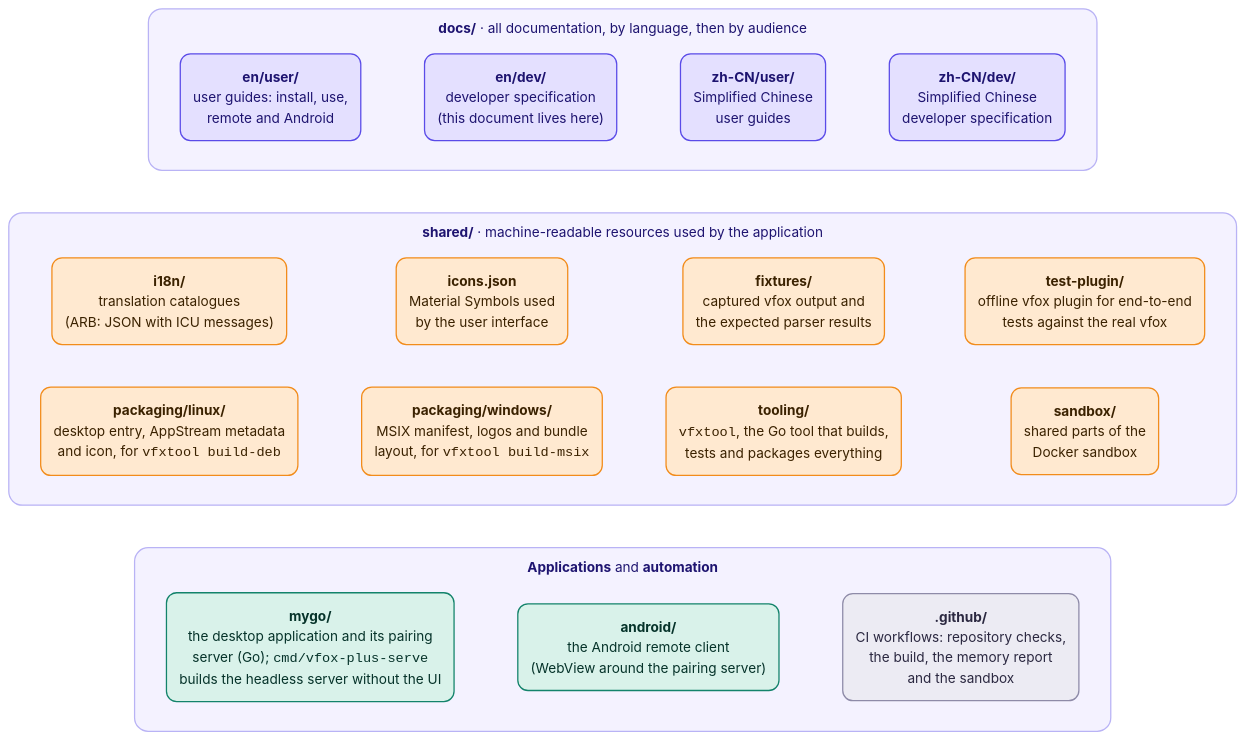
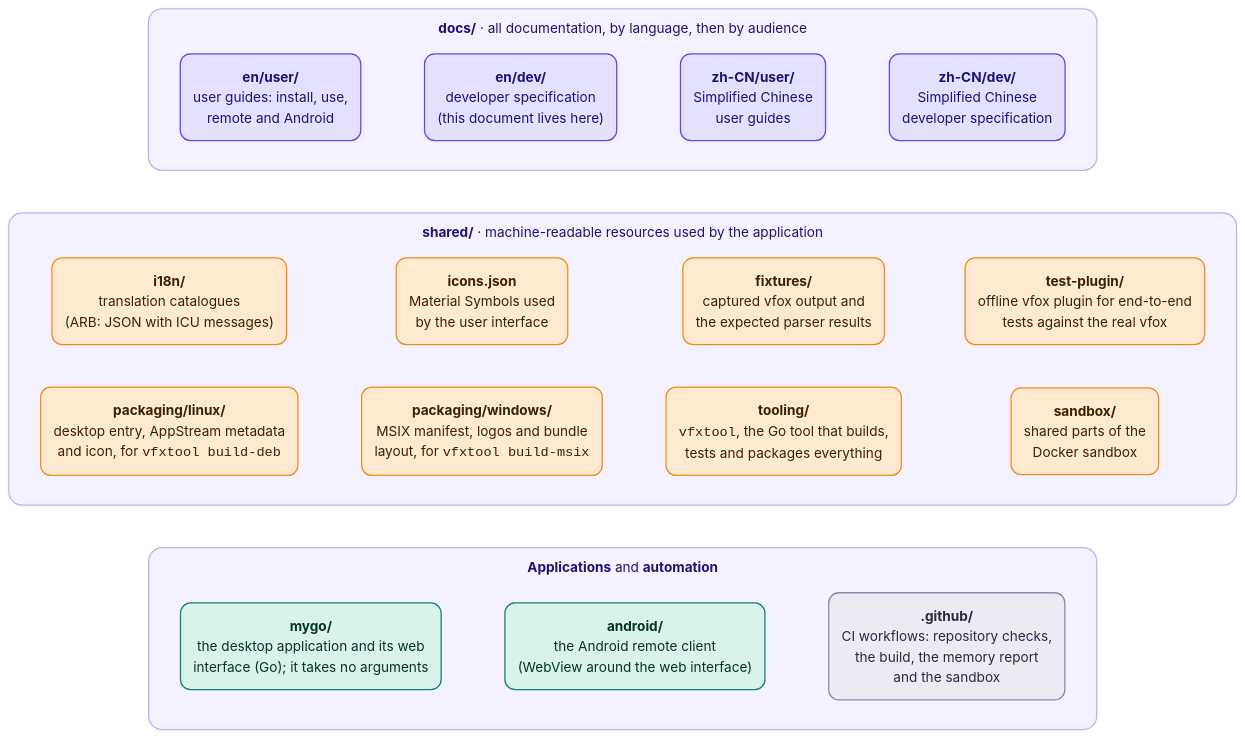
Before and after one commit to version-fox/vfox-plus: the first of 4 diagrams in docs/en/dev/architecture.md, drawn with Mermaid. The commit also changed other lines of this file and 145 other files, not shown here.

First line of the commit message:
Make vfox+ a GUI-only application, with the web interface, the lightweight mode and an icon in the tray as settings

````diff
--- a/docs/en/dev/architecture.md
+++ b/docs/en/dev/architecture.md
@@ -14,51 +14,51 @@
 ```mermaid
 ---
 config:
   theme: base
   themeVariables:
     fontFamily: "system-ui, -apple-system, 'Segoe UI', 'Noto Sans', 'Noto Sans CJK SC', 'PingFang SC', 'Microsoft YaHei', sans-serif"
     lineColor: "#7C79A8"
     primaryColor: "#FFE9D0"
     primaryBorderColor: "#F28C1B"
     primaryTextColor: "#3B2200"
     clusterBkg: "#F4F2FF"
     clusterBorder: "#B9B3F5"
     titleColor: "#1E1470"
     edgeLabelBackground: "#FFFFFF"
   flowchart:
     curve: basis
     wrappingWidth: 320
     subGraphTitleMargin:
       top: 10
       bottom: 8
 ---
 flowchart TB
     accTitle: Repository layout
     accDescr: docs holds the documentation, shared the resources used by the application, mygo and android the applications, and .github the CI workflows.
     subgraph docs["<b>docs/</b> · all documentation, by language, then by audience"]
         direction LR
         d1("<b>en/user/</b><br/>user guides: install, use,<br/>remote and Android") ~~~ d2("<b>en/dev/</b><br/>developer specification<br/>(this document lives here)") ~~~ d3("<b>zh-CN/user/</b><br/>Simplified Chinese<br/>user guides") ~~~ d4("<b>zh-CN/dev/</b><br/>Simplified Chinese<br/>developer specification")
     end
     subgraph shared["<b>shared/</b> · machine-readable resources used by the application"]
         direction LR
         s1("<b>i18n/</b><br/>translation catalogues<br/>(ARB: JSON with ICU messages)") ~~~ s2("<b>icons.json</b><br/>Material Symbols used<br/>by the user interface") ~~~ s3("<b>fixtures/</b><br/>captured vfox output and<br/>the expected parser results") ~~~ s4("<b>test-plugin/</b><br/>offline vfox plugin for end-to-end<br/>tests against the real vfox")
         s5("<b>packaging/linux/</b><br/>desktop entry, AppStream metadata<br/>and icon, for <code>vfxtool build-deb</code>") ~~~ s6("<b>packaging/windows/</b><br/>MSIX manifest, logos and bundle<br/>layout, for <code>vfxtool build-msix</code>") ~~~ s7("<b>tooling/</b><br/><code>vfxtool</code>, the Go tool that builds,<br/>tests and packages everything") ~~~ s8("<b>sandbox/</b><br/>shared parts of the<br/>Docker sandbox")
     end
     subgraph code["<b>Applications</b> and <b>automation</b>"]
         direction LR
-        m("<b>mygo/</b><br/>the desktop application and its pairing<br/>server (Go); <code>cmd/vfox-plus-serve</code><br/>builds the headless server without the UI") ~~~ a("<b>android/</b><br/>the Android remote client<br/>(WebView around the pairing server)") ~~~ g("<b>.github/</b><br/>CI workflows: repository checks,<br/>the build, the memory report<br/>and the sandbox")
+        m("<b>mygo/</b><br/>the desktop application and its web<br/>interface (Go); it takes no arguments") ~~~ a("<b>android/</b><br/>the Android remote client<br/>(WebView around the web interface)") ~~~ g("<b>.github/</b><br/>CI workflows: repository checks,<br/>the build, the memory report<br/>and the sandbox")
     end
     docs ~~~ shared ~~~ code
 
     classDef docs fill:#E4E0FF,stroke:#5A4BE8,color:#1E1470,stroke-width:1.5px,rx:12,ry:12
     classDef shared fill:#FFE9D0,stroke:#F28C1B,color:#3B2200,stroke-width:1.5px,rx:12,ry:12
     classDef app fill:#D9F2EA,stroke:#13836B,color:#06332A,stroke-width:1.5px,rx:12,ry:12
     classDef ci fill:#ECEBF3,stroke:#8E8BA8,color:#2B2840,stroke-width:1.5px,rx:12,ry:12
     class d1,d2,d3,d4 docs
     class s1,s2,s3,s4,s5,s6,s7,s8 shared
     class m,a app
     class g ci
     style docs fill:#F4F2FF,stroke:#B9B3F5,stroke-width:1.5px,rx:16,ry:16
     style shared fill:#F4F2FF,stroke:#B9B3F5,stroke-width:1.5px,rx:16,ry:16
     style code fill:#F4F2FF,stroke:#B9B3F5,stroke-width:1.5px,rx:16,ry:16
 ```
````
